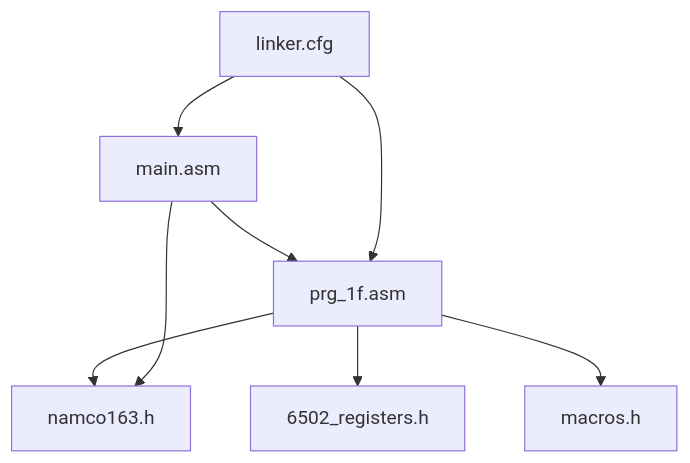
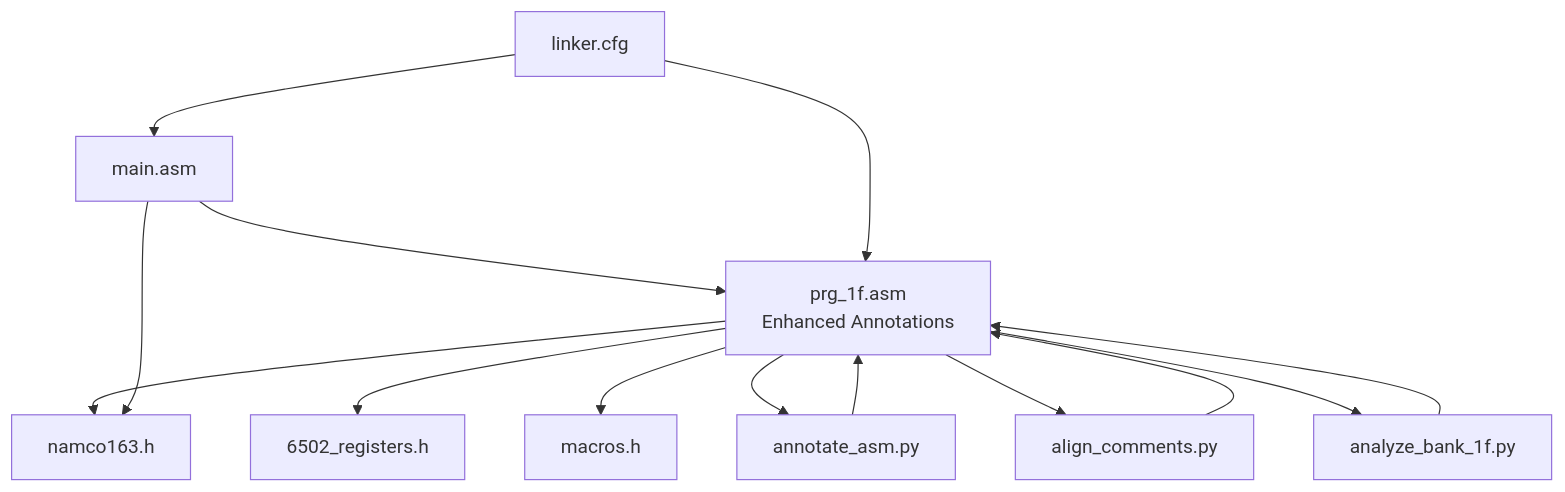
One commit to rabbyzero/sango2dasm changed the ninth of 9 diagrams in .qoder/repowiki/en/content/Assembly Architecture/Assembly Architecture.md. Above: the diagram before and after it, drawn with Mermaid. The commit also changed other lines of this file and 26 other files, not shown here.

````diff
--- a/.qoder/repowiki/en/content/Assembly Architecture/Assembly Architecture.md
+++ b/.qoder/repowiki/en/content/Assembly Architecture/Assembly Architecture.md
@@ -310,10 +448,16 @@
 ```mermaid
 graph TB
-PRG1F["prg_1f.asm"] --> NAMCO["namco163.h"]
+PRG1F["prg_1f.asm<br/>Enhanced Annotations"] --> NAMCO["namco163.h"]
 PRG1F --> REGS["6502_registers.h"]
 PRG1F --> MACROS["macros.h"]
 MAIN["main.asm"] --> PRG1F
 MAIN --> NAMCO
 LCFG["linker.cfg"] --> PRG1F
 LCFG --> MAIN
+ANNOTATE["annotate_asm.py"] --> PRG1F
+ALIGN["align_comments.py"] --> PRG1F
+ANALYZE["analyze_bank_1f.py"] --> PRG1F
+PRG1F --> ANNOTATE
+PRG1F --> ALIGN
+PRG1F --> ANALYZE
 ```
````
